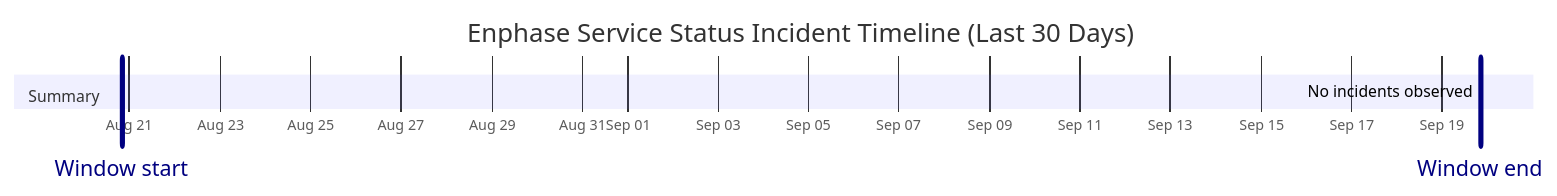
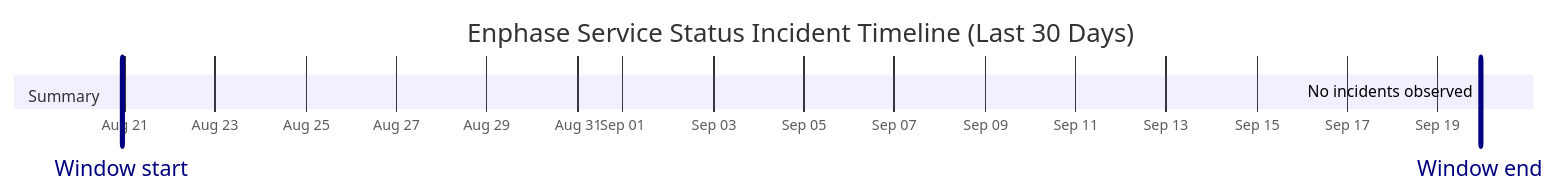
One commit to barneyonline/ha-enphase-energy changed the diagram in wiki/Service-Status-History.md. Above: the diagram before and after it, drawn with Mermaid. The commit also changed other lines of this file and 3 other files, not shown here.

````diff
--- a/wiki/Service-Status-History.md
+++ b/wiki/Service-Status-History.md
@@ -14,10 +14,10 @@
 ```mermaid
 gantt
     title Enphase Service Status Incident Timeline (Last 30 Days)
     dateFormat  YYYY-MM-DDTHH:mm:ss
     axisFormat  %b %d
-    Window start :vert, window-start, 2026-08-20T20:04:31, 0ms
-    Window end :vert, window-end, 2026-09-19T20:04:31, 0ms
+    Window start :vert, window-start, 2026-08-20T22:23:29, 0ms
+    Window end :vert, window-end, 2026-09-19T22:23:29, 0ms
     section Summary
-    No incidents observed :done, 2026-09-19T20:04:31, 1m
+    No incidents observed :done, 2026-09-19T22:23:29, 1m
 ```
````
